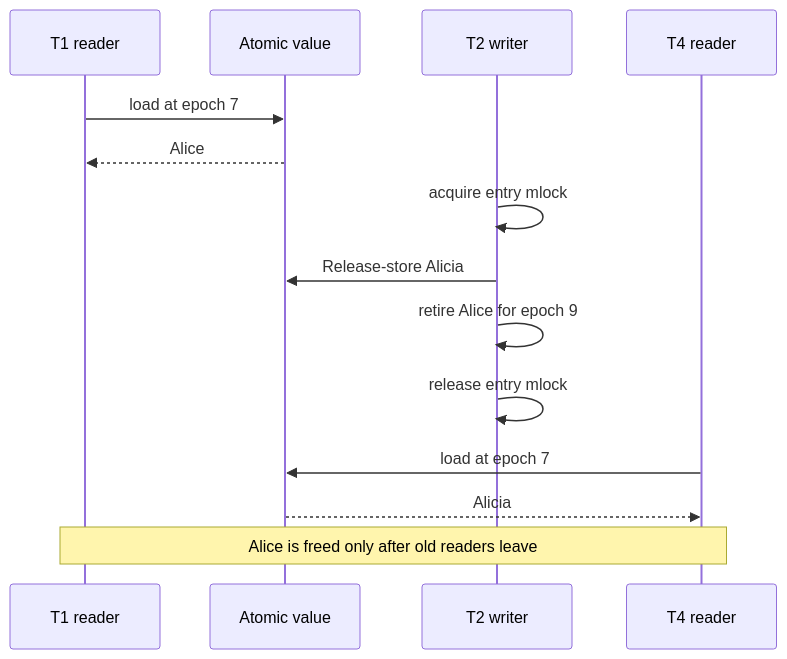
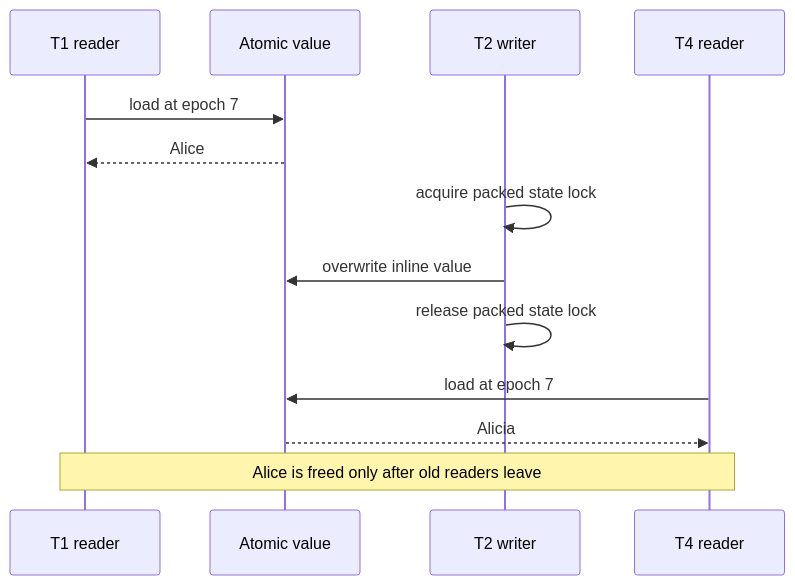
One commit to Rana718/portfolio changed the ninth of 16 diagrams in src/content/blogs/custom-concurrent-hashmap-rust.mdx. Above: the diagram before and after it, drawn with Mermaid. The commit also changed other lines of this file, not shown here.

````diff
--- a/src/content/blogs/custom-concurrent-hashmap-rust.mdx
+++ b/src/content/blogs/custom-concurrent-hashmap-rust.mdx
@@ -369,16 +361,15 @@
 ```mermaid
 sequenceDiagram
     participant T1 as T1 reader
     participant V as Atomic value
     participant T2 as T2 writer
     participant T4 as T4 reader
     T1->>V: load at epoch 7
     V-->>T1: Alice
-    T2->>T2: acquire entry mlock
-    T2->>V: Release-store Alicia
-    T2->>T2: retire Alice for epoch 9
-    T2->>T2: release entry mlock
+    T2->>T2: acquire packed state lock
+    T2->>V: overwrite inline value
+    T2->>T2: release packed state lock
     T4->>V: load at epoch 7
     V-->>T4: Alicia
     Note over T1,T4: Alice is freed only after old readers leave
 ```
````
